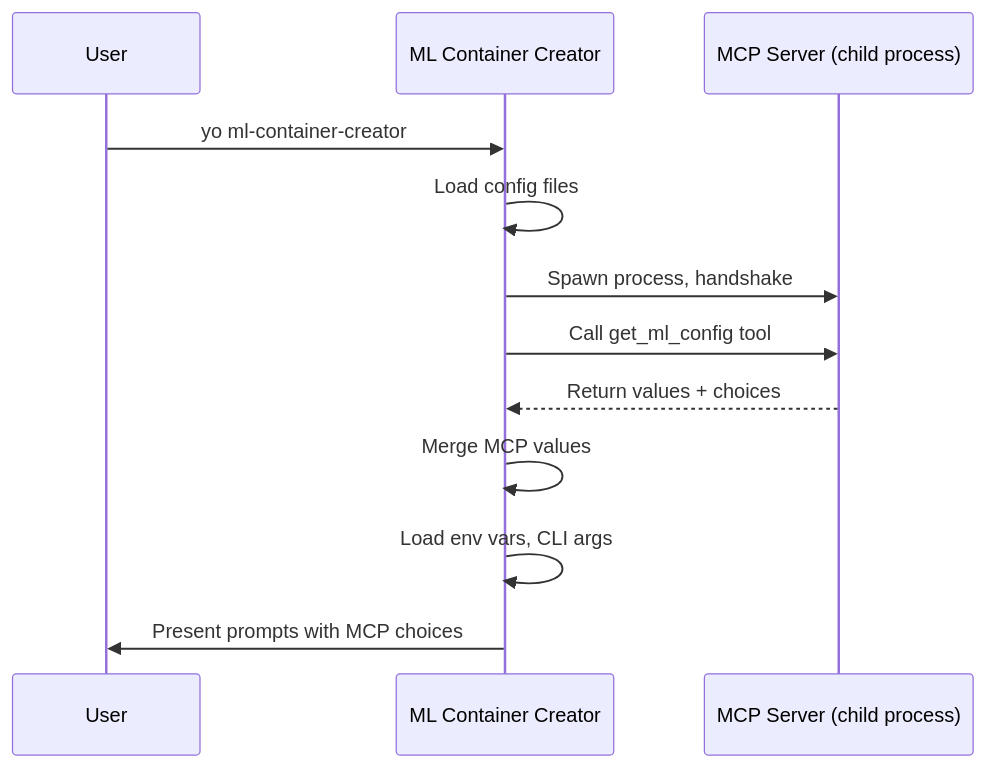
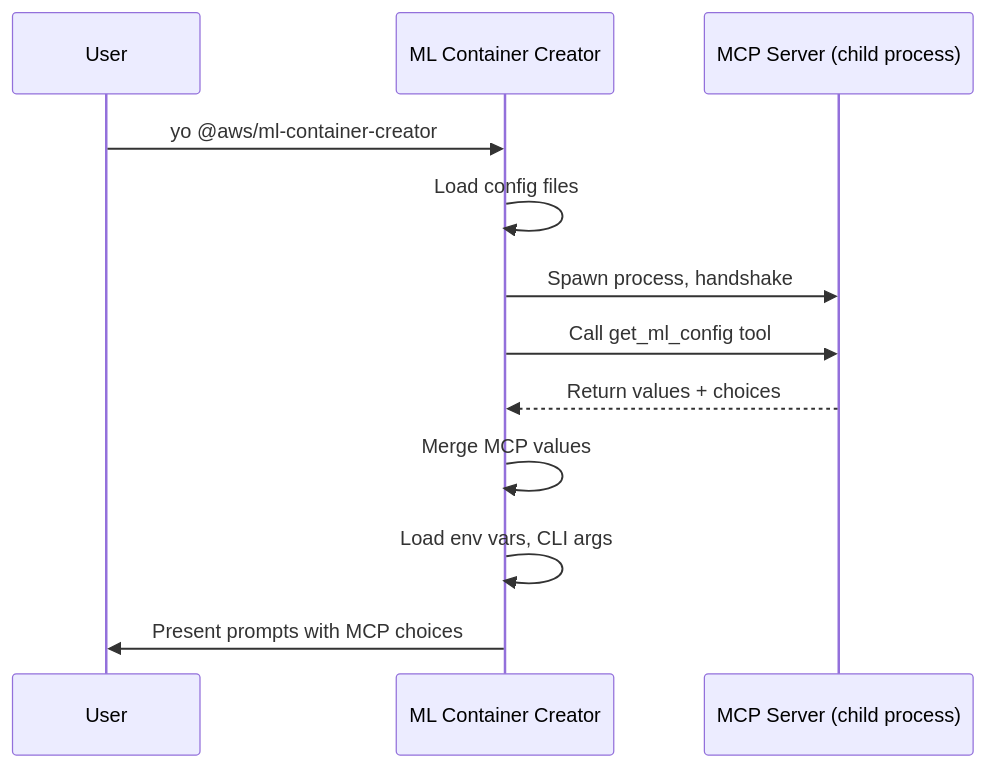
The diagram in docs/mcp-configuration.md (awslabs/ml-container-creator), drawn with Mermaid before and after one commit. The commit also changed other lines of this file and 86 other files, not shown here.

````diff
--- a/docs/mcp-configuration.md
+++ b/docs/mcp-configuration.md
@@ -9,15 +9,15 @@
 ```mermaid
 sequenceDiagram
     participant User
     participant Generator as ML Container Creator
     participant MCP as MCP Server (child process)
 
-    User->>Generator: yo ml-container-creator
+    User->>Generator: yo @aws/ml-container-creator
     Generator->>Generator: Load config files
     Generator->>MCP: Spawn process, handshake
     Generator->>MCP: Call get_ml_config tool
     MCP-->>Generator: Return values + choices
     Generator->>Generator: Merge MCP values
     Generator->>Generator: Load env vars, CLI args
     Generator->>User: Present prompts with MCP choices
 ```
````
